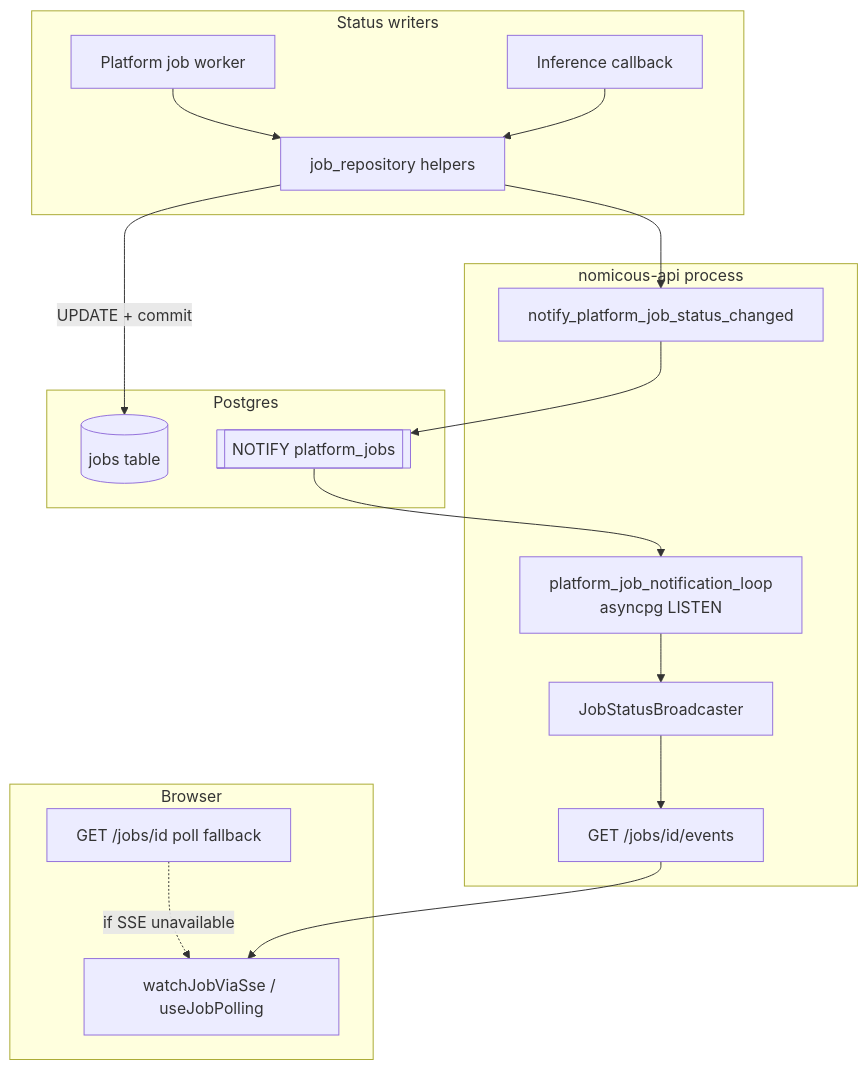
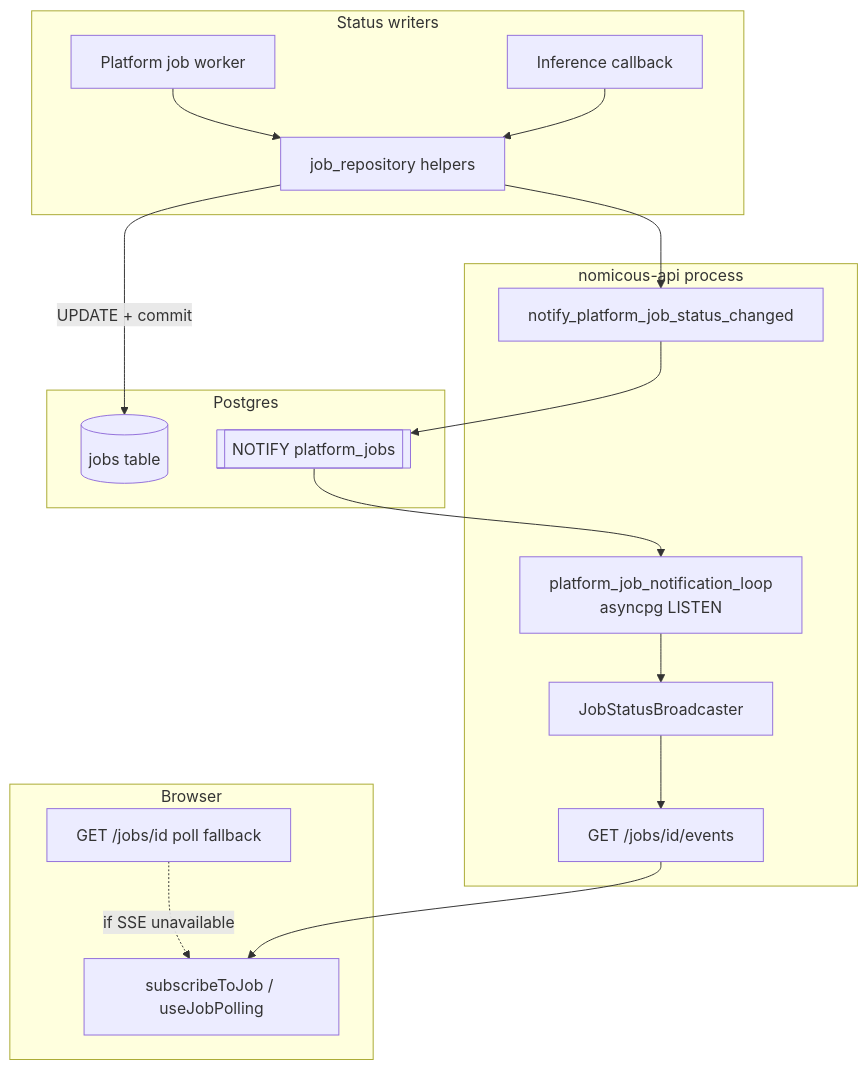
Before and after one commit to kkkamur07/greekOCR: the first of 3 diagrams in nomicous/backend/README.md, drawn with Mermaid. The commit also changed other lines of this file and 347 other files, not shown here.

````diff
--- a/nomicous/backend/README.md
+++ b/nomicous/backend/README.md
@@ -85,36 +85,36 @@
 ```mermaid
 flowchart TB
   subgraph writers [Status writers]
     W[Platform job worker]
     CB[Inference callback]
     JR[job_repository helpers]
   end
 
   subgraph postgres [Postgres]
     JT[(jobs table)]
     CH[[NOTIFY platform_jobs]]
   end
 
   subgraph api [nomicous-api process]
     EMIT[notify_platform_job_status_changed]
     LOOP[platform_job_notification_loop<br/>asyncpg LISTEN]
     BROAD[JobStatusBroadcaster]
     SSE[GET /jobs/id/events]
   end
 
   subgraph browser [Browser]
-    FE[watchJobViaSse / useJobPolling]
+    FE[subscribeToJob / useJobPolling]
     POLL[GET /jobs/id poll fallback]
   end
 
   W --> JR
   CB --> JR
   JR -->|UPDATE + commit| JT
   JR --> EMIT
   EMIT --> CH
   CH --> LOOP
   LOOP --> BROAD
   BROAD --> SSE
   SSE --> FE
   POLL -.->|if SSE unavailable| FE
 ```
````
